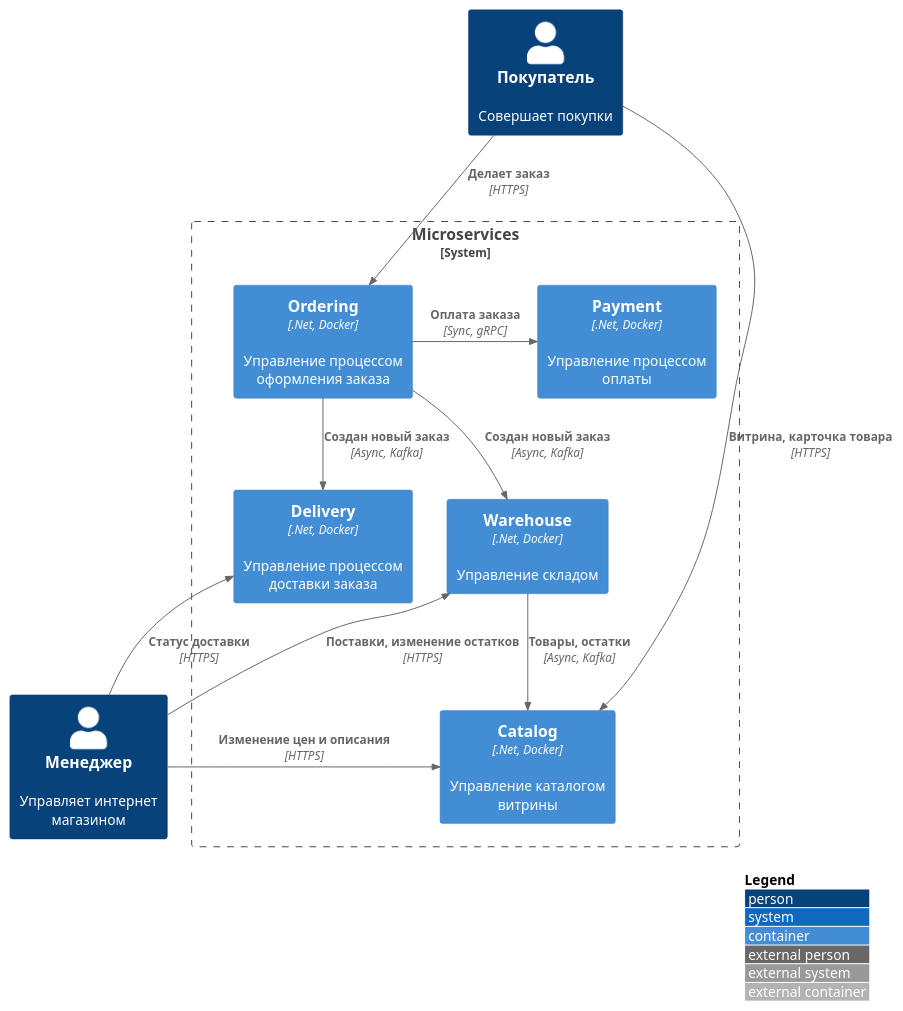
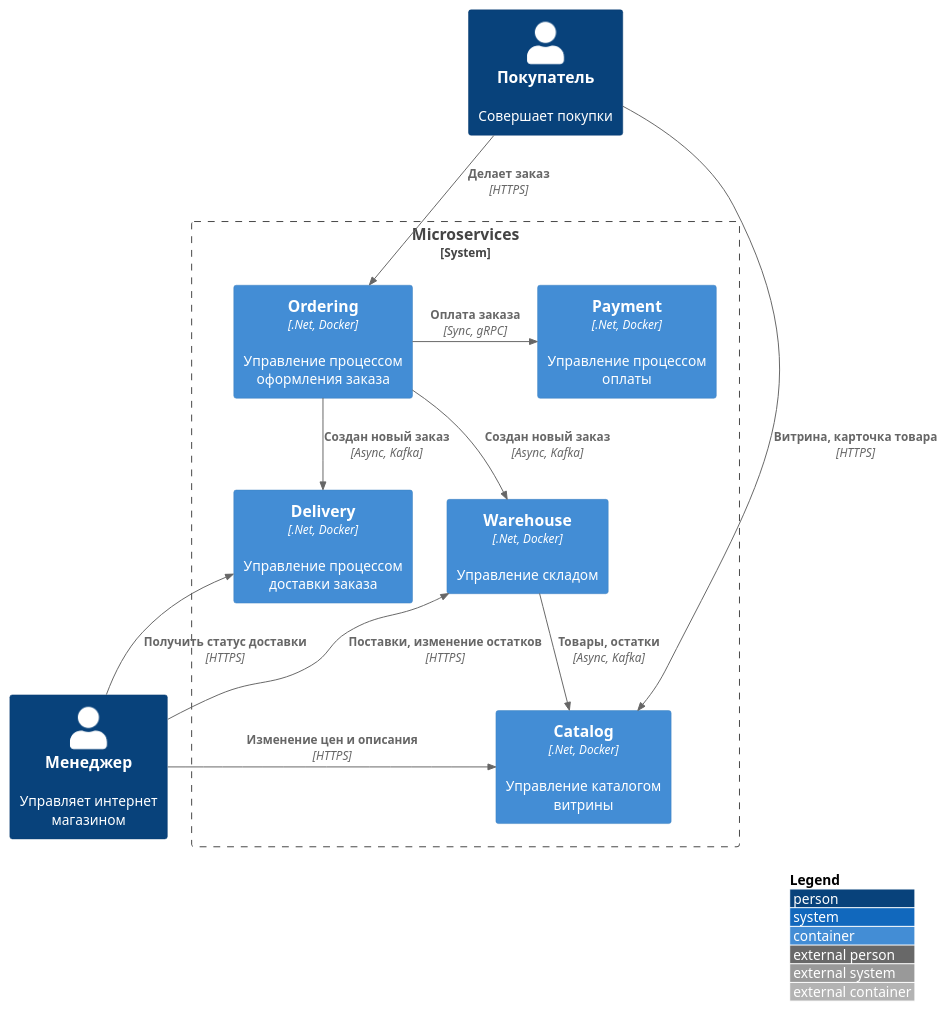
One commit to gerzhan/knigaexpert-system-design changed the third of 4 diagrams in README.md. Above: the diagram before and after it, drawn with PlantUML. The commit also changed 8 other files, not shown here.

````diff
--- a/README.md
+++ b/README.md
@@ -79,33 +79,33 @@
 ```plantuml
 !include https://raw.githubusercontent.com/plantuml-stdlib/C4-PlantUML/master/C4_Container.puml
 
 skinparam wrapWidth 200
 skinparam maxMessageSize 200
 
 LAYOUT_TOP_DOWN()
 LAYOUT_WITH_LEGEND()
 
 Person(customer, Покупатель, "Совершает покупки")
 Person(manager, Менеджер, "Управляет интернет магазином")
 System_Boundary(microservices, "Microservices") {
   Container(ordering, "Ordering", ".Net, Docker", "Управление процессом оформления заказа")
   Rel(customer, ordering, "Делает заказ", "HTTPS")  
 
   Container(warehouse, "Warehouse", ".Net, Docker", "Управление складом")
-  Rel(ordering, warehouse, "Создан новый заказ", "Async, Kafka")
+  Rel(ordering, warehouse, "Cоздан новый заказ", "Async, Kafka")
   Rel(manager, warehouse, "Поставки, изменение остатков", "HTTPS")
 
   Container(catalog, "Catalog", ".Net, Docker", "Управление каталогом витрины")
   Rel(warehouse, catalog, "Товары, остатки", "Async, Kafka")
   Rel(customer, catalog, "Витрина, карточка товара", "HTTPS")
   Rel_U(manager, catalog, "Изменение цен и описания", "HTTPS")
 
   Container(payment, "Payment", ".Net, Docker", "Управление процессом оплаты")
   Rel_R(ordering, payment, "Оплата заказа", "Sync, gRPC")
 
   Container(delivery, "Delivery", ".Net, Docker", "Управление процессом доставки заказа")
-  Rel(ordering, delivery, "Создан новый заказ", "Async, Kafka")
-  Rel_U(manager, delivery, "Статус доставки", "HTTPS")
+  Rel(ordering, delivery, "Cоздан новый заказ", "Async, Kafka")
+  Rel_U(manager, delivery, "Получить статус доставки", "HTTPS")
   Lay_L(microservices,manager)
 }
 ```
````
